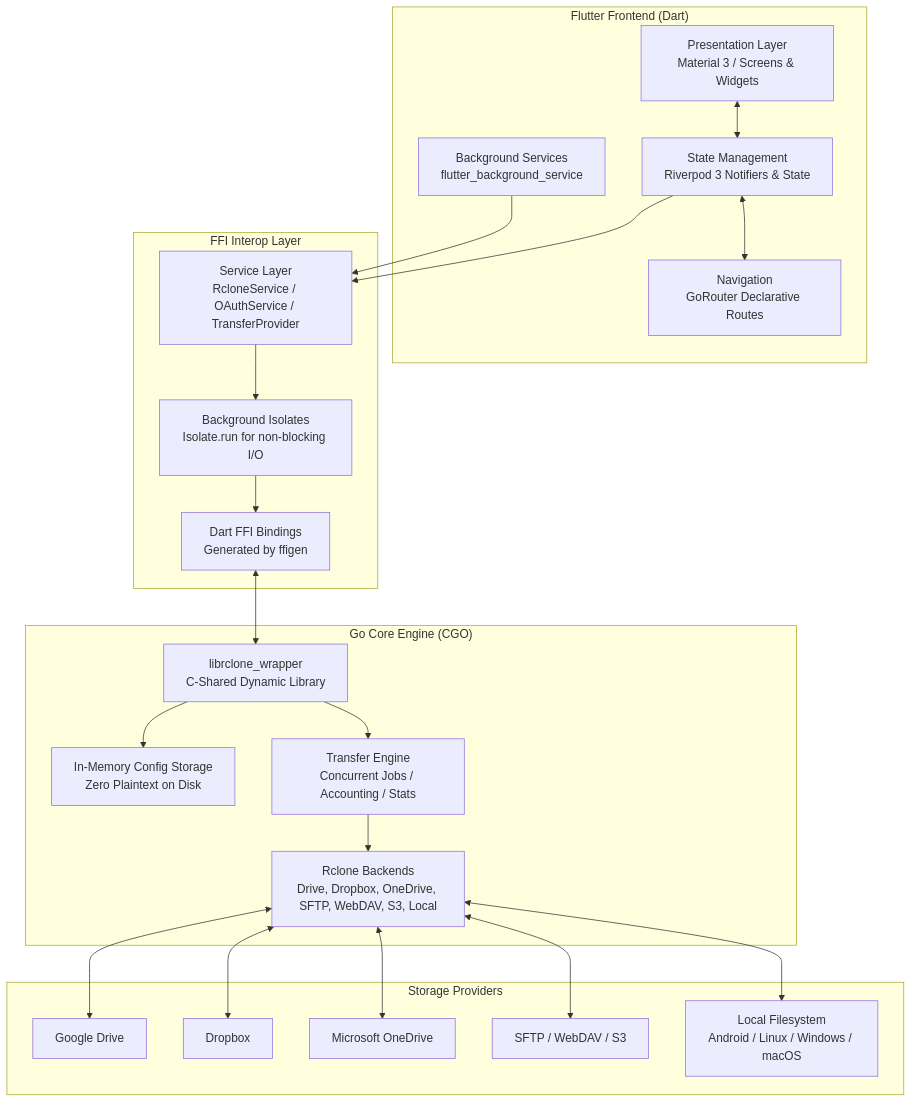
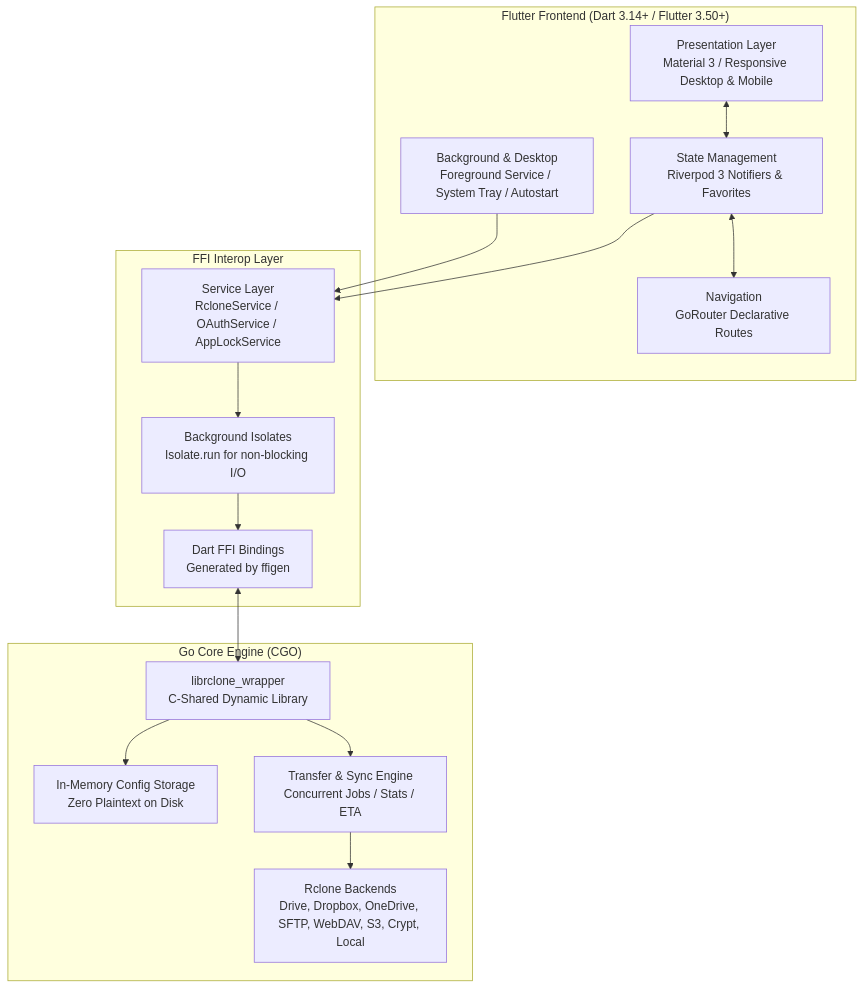
The diagram in README.md (leonardobani/unifycloud), drawn with Mermaid before and after one commit. The commit also changed other lines of this file and 9 other files, not shown here.

````diff
--- a/README.md
+++ b/README.md
@@ -24,46 +23,33 @@
 ```mermaid
 flowchart TD
-    subgraph UI["Flutter Frontend (Dart)"]
-        A[Presentation Layer<br>Material 3 / Screens & Widgets]
-        B[State Management<br>Riverpod 3 Notifiers & State]
+    subgraph UI["Flutter Frontend (Dart 3.14+ / Flutter 3.50+)"]
+        A[Presentation Layer<br>Material 3 / Responsive Desktop & Mobile]
+        B[State Management<br>Riverpod 3 Notifiers & Favorites]
         C[Navigation<br>GoRouter Declarative Routes]
-        D[Background Services<br>flutter_background_service]
+        D[Background & Desktop<br>Foreground Service / System Tray / Autostart]
     end
 
     subgraph Bridge["FFI Interop Layer"]
         E[Dart FFI Bindings<br>Generated by ffigen]
-        F[Service Layer<br>RcloneService / OAuthService / TransferProvider]
+        F[Service Layer<br>RcloneService / OAuthService / AppLockService]
         G[Background Isolates<br>Isolate.run for non-blocking I/O]
     end
 
     subgraph Native["Go Core Engine (CGO)"]
         H[librclone_wrapper<br>C-Shared Dynamic Library]
         I[In-Memory Config Storage<br>Zero Plaintext on Disk]
-        J[Transfer Engine<br>Concurrent Jobs / Accounting / Stats]
-        K[Rclone Backends<br>Drive, Dropbox, OneDrive, SFTP, WebDAV, S3, Local]
-    end
-
-    subgraph Remotes["Storage Providers"]
-        L[Google Drive]
-        M[Dropbox]
-        N[Microsoft OneDrive]
-        O[SFTP / WebDAV / S3]
-        P[Local Filesystem<br>Android / Linux / Windows / macOS]
+        J[Transfer & Sync Engine<br>Concurrent Jobs / Stats / ETA]
+        K[Rclone Backends<br>Drive, Dropbox, OneDrive, SFTP, WebDAV, S3, Crypt, Local]
     end
 
     A <--> B
     B <--> C
     B --> F
+    D --> F
     F --> G
     G --> E
-    D --> F
     E <--> H
     H --> I
     H --> J
     J --> K
-    K <--> L
-    K <--> M
-    K <--> N
-    K <--> O
-    K <--> P
 ```
````
